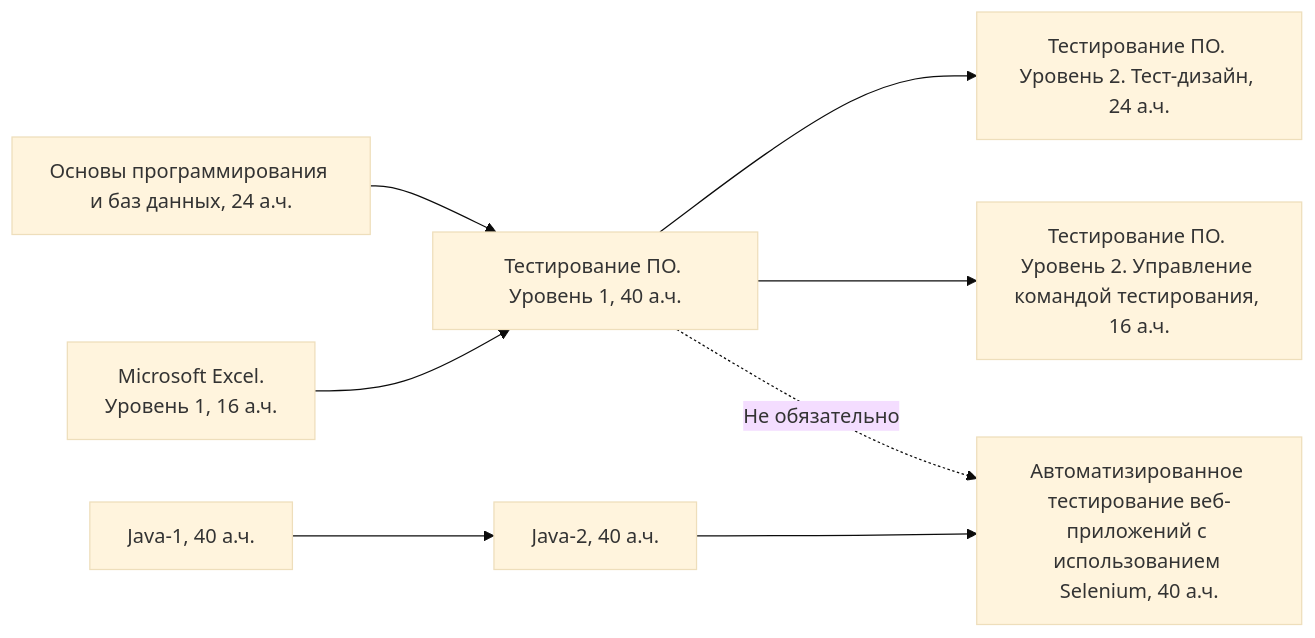
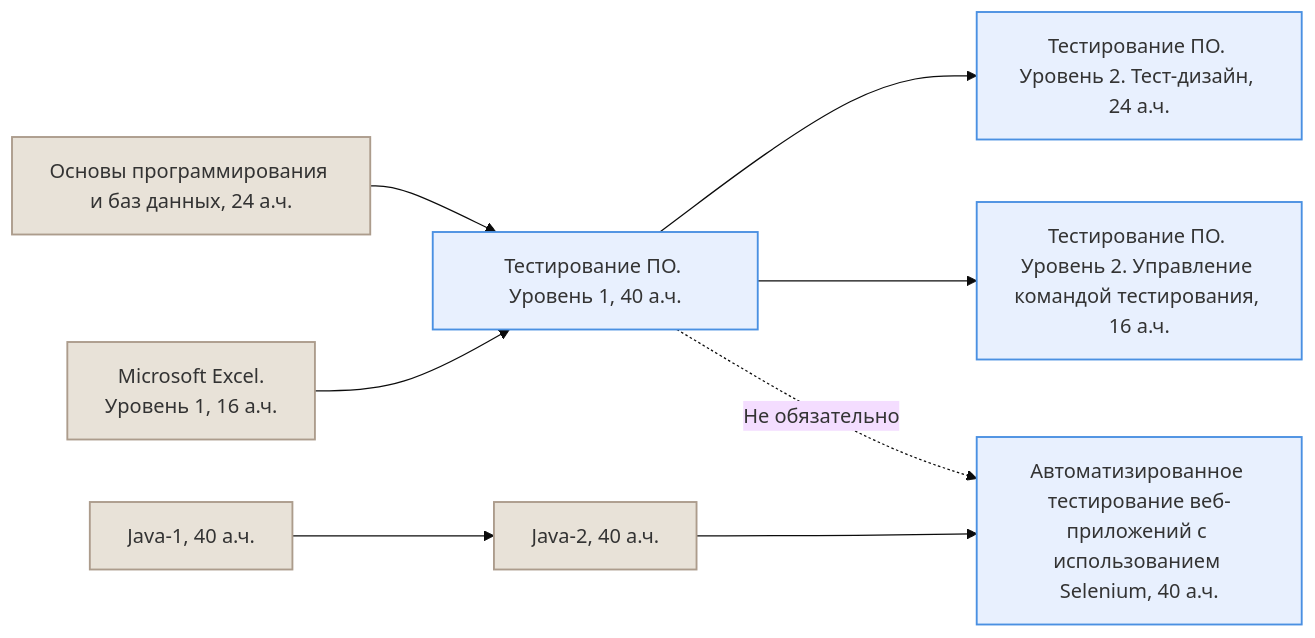
Before and after one commit to slqamsk/qa-track: the second of 5 diagrams in qa-track.md, drawn with Mermaid (base theme). The commit also changed other lines of this file, not shown here.

`````diff
--- a/qa-track.md
+++ b/qa-track.md
@@ -3,24 +22,33 @@
 ```mermaid
 graph LR
     oprog-a[<span style="white-space: nowrap;">Основы программирования</span> и баз данных, 24 а.ч.]
     bkp2[Microsoft Excel. <br> Уровень 1, 16 а.ч.]
 
     dzhv1-a[Java-1, 40 а.ч.]
     java2[Java-2, 40 а.ч.]
     
     tpo[Тестирование ПО. Уровень 1, 40 а.ч.]
     tpo21[Тестирование ПО. Уровень 2. Тест-дизайн, 24 а.ч.]
     upkot[Тестирование ПО. Уровень 2. Управление командой тестирования, 16 а.ч.]
 
     avtest[Автоматизированное тестирование веб-приложений с использованием Selenium, 40 а.ч.]
 
     oprog-a --> tpo
     bkp2 --> tpo
 
     tpo --> tpo21
     tpo --> upkot
 
     tpo -.->|Не обязательно| avtest
 
     dzhv1-a --> java2 --> avtest
+
+    classDef defaultCourse fill:#e8e2d8,stroke:#ac9c8c,stroke-width:1.5px,color:#333
+    classDef usualCourse fill:#e8f0fe,stroke:#4a90e2,stroke-width:1.5px
+    classDef newCourse fill:#ffcdd2,stroke:#d32f2f,stroke-width:2.5px,font-weight:bold
+    classDef futureCourse fill:#dfcef0,stroke:#9c7abe,stroke-width:1.5px,color:#333
+   
+    class oprog-a,bkp2,dzhv1-a,java2 defaultCourse
+    class tpo,tpo21,upkot,avtest usualCourse
+
 ````
`````
